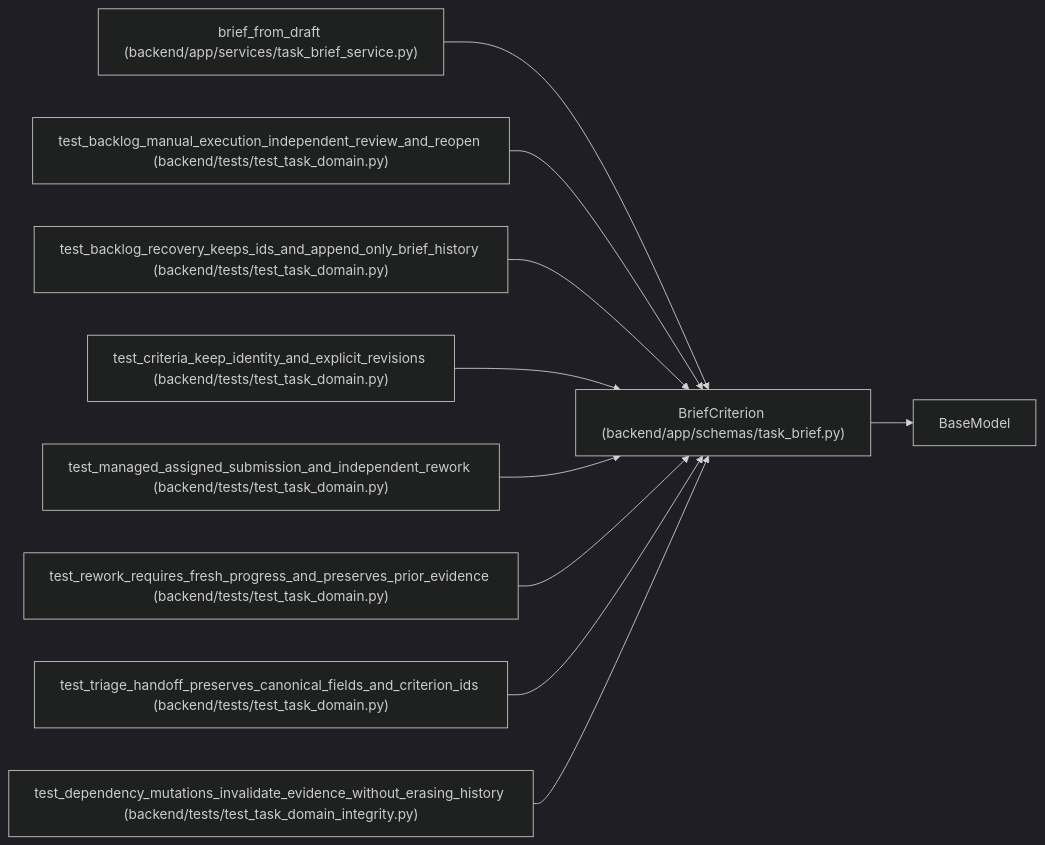
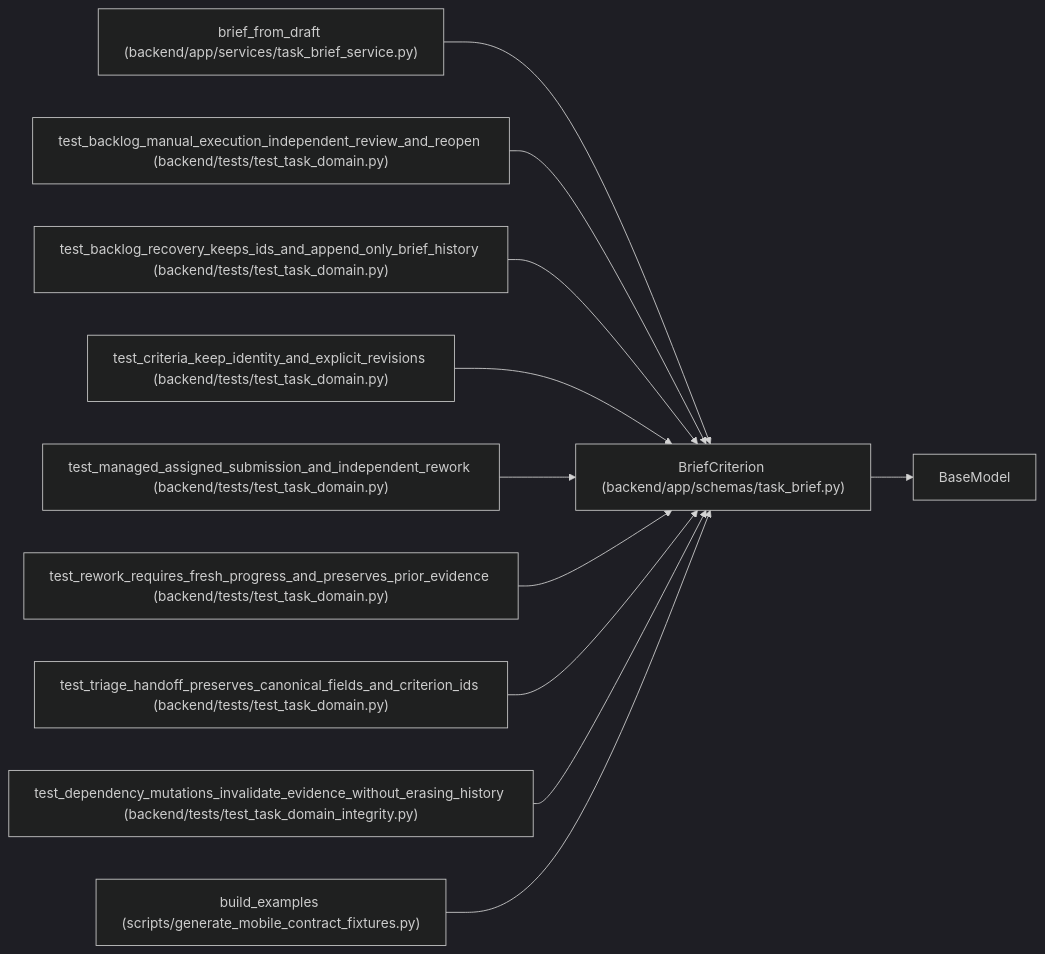
The diagram in docs/llm_wiki/entities/schemas_task_brief_BriefCriterion.md (Denissvgn/WorkChord), drawn with Mermaid (dark theme) before and after one commit. The commit also changed other lines of this file and 333 other files, not shown here.

Commit message:
docs(wiki): document canonical mobile contract examples

````diff
--- a/docs/llm_wiki/entities/schemas_task_brief_BriefCriterion.md
+++ b/docs/llm_wiki/entities/schemas_task_brief_BriefCriterion.md
@@ -42,31 +42,34 @@
 ```mermaid
 flowchart LR
     n0["BriefCriterion (backend/app/schemas/task_brief.py)"]
     n1["BaseModel"]
     n2["brief_from_draft (backend/app/services/task_brief_service.py)"]
     n3["test_backlog_manual_execution_independent_review_and_reopen (backend/tests/test_task_domain.py)"]
     n4["test_backlog_recovery_keeps_ids_and_append_only_brief_history (backend/tests/test_task_domain.py)"]
     n5["test_criteria_keep_identity_and_explicit_revisions (backend/tests/test_task_domain.py)"]
     n6["test_managed_assigned_submission_and_independent_rework (backend/tests/test_task_domain.py)"]
     n7["test_rework_requires_fresh_progress_and_preserves_prior_evidence (backend/tests/test_task_domain.py)"]
     n8["test_triage_handoff_preserves_canonical_fields_and_criterion_ids (backend/tests/test_task_domain.py)"]
     n9["test_dependency_mutations_invalidate_evidence_without_erasing_history (backend/tests/test_task_domain_integrity.py)"]
+    n10["build_examples (scripts/generate_mobile_contract_fixtures.py)"]
     n0 --> n1
     n2 --> n0
     n3 --> n0
     n4 --> n0
     n5 --> n0
     n6 --> n0
     n7 --> n0
     n8 --> n0
     n9 --> n0
+    n10 --> n0
     click n0 "../modules/schemas_task_brief.md"
     click n2 "../modules/task_brief_service.md"
     click n3 "../modules/test_task_domain.md"
     click n4 "../modules/test_task_domain.md"
     click n5 "../modules/test_task_domain.md"
     click n6 "../modules/test_task_domain.md"
     click n7 "../modules/test_task_domain.md"
     click n8 "../modules/test_task_domain.md"
     click n9 "../modules/test_task_domain_integrity.md"
+    click n10 "../modules/generate_mobile_contract_fixtures.md"
 ```
````
